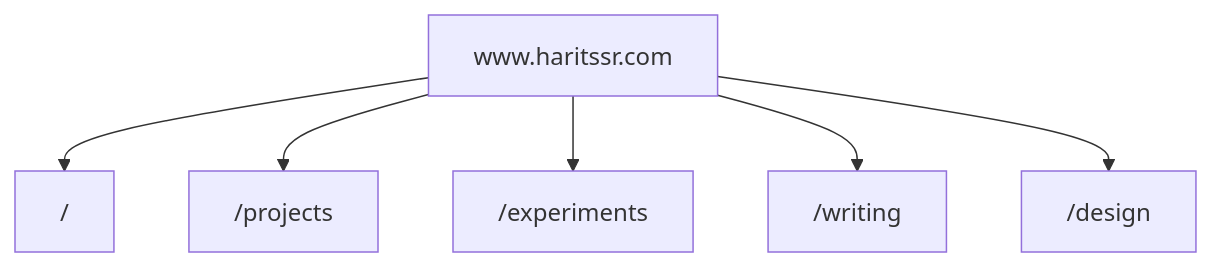
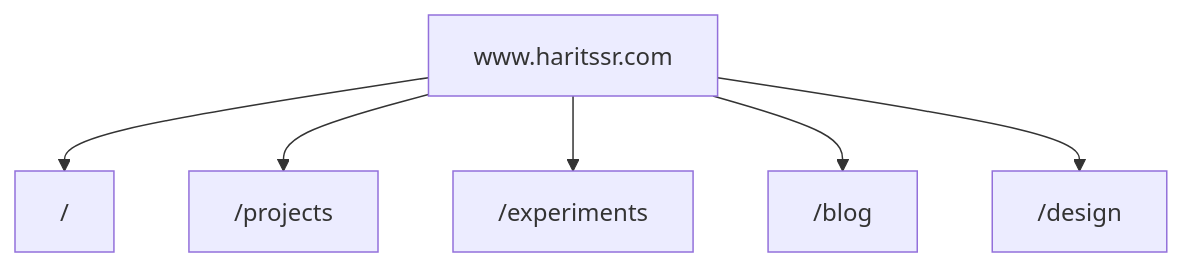
One commit to haritssr/haritssr changed the diagram in README.md. Above: the diagram before and after it, drawn with Mermaid. The commit also changed other lines of this file and 45 other files, not shown here.

Commit message:
refactor(blog): rename writing section and routes

````diff
--- a/README.md
+++ b/README.md
@@ -12,10 +12,10 @@
 ```mermaid
 %%{init: {'flowchart': {'curve': 'basis'}} }%%
 graph TD
   haritssr["www.haritssr.com"]
   haritssr --> home["/"]
   haritssr --> projects["/projects"]
   haritssr --> experiments["/experiments"]
-  haritssr --> writing["/writing"]
+  haritssr --> blog["/blog"]
   haritssr --> design["/design"]
 ```
````
